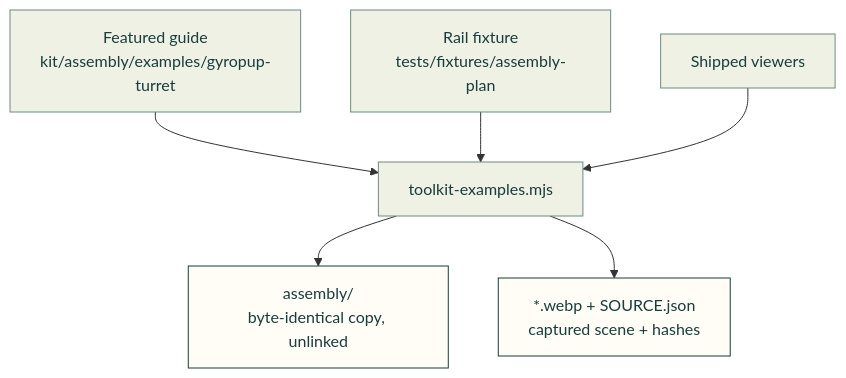
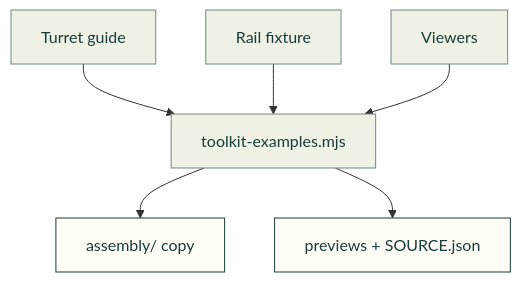
The diagram in tools/site/assets/toolkit/README.md (Valpatel/cad-agent), drawn with Mermaid before and after one commit.

Commit message:
Toolkit assets map: three short sources, so the diagram fits the column
The site's diagram-width check found the four-source map 847 px wide in a
658 px column.

Refs #811

Claude-Session: https://claude.ai/code/session_01X6BLR8ZbMMUynv9Rte1ovY

````diff
--- a/tools/site/assets/toolkit/README.md
+++ b/tools/site/assets/toolkit/README.md
@@ -7,12 +7,12 @@
 ```mermaid
 flowchart TD
-    E["Featured guide<br/>kit/assembly/examples/gyropup-turret"] --> G["toolkit-examples.mjs"]
-    F["Rail fixture<br/>tests/fixtures/assembly-plan"] --> G
-    G --> A["assembly/<br/>byte-identical copy, unlinked"]
-    V["Shipped viewers"] --> G
-    G --> P["*.webp + SOURCE.json<br/>captured scene + hashes"]
+    E["Turret guide"] --> G["toolkit-examples.mjs"]
+    F["Rail fixture"] --> G
+    V["Viewers"] --> G
+    G --> A["assembly/ copy"]
+    G --> P["previews + SOURCE.json"]
     classDef here fill:#fffdf5,stroke:#173d3c,color:#173d3c
     classDef near fill:#eef1e4,stroke:#6f8a80,color:#173d3c
     class P,A here
     class E,F,V,G near
 ```
````
